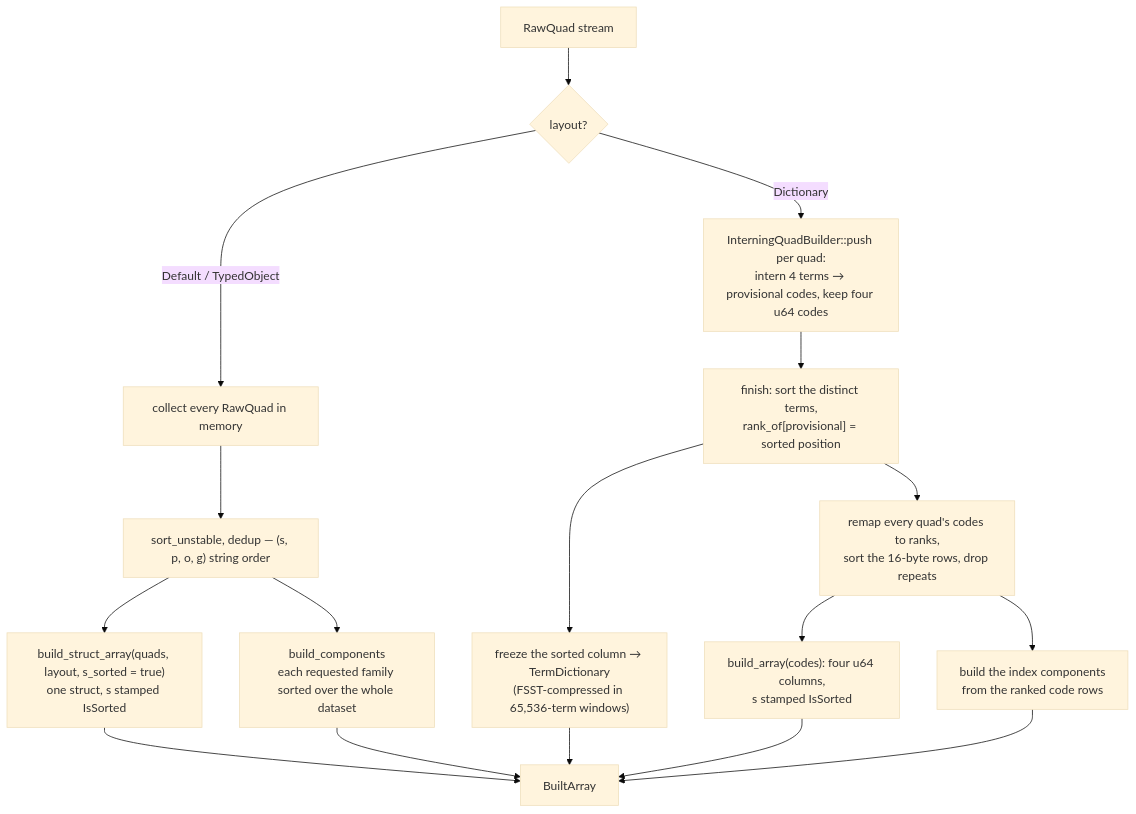
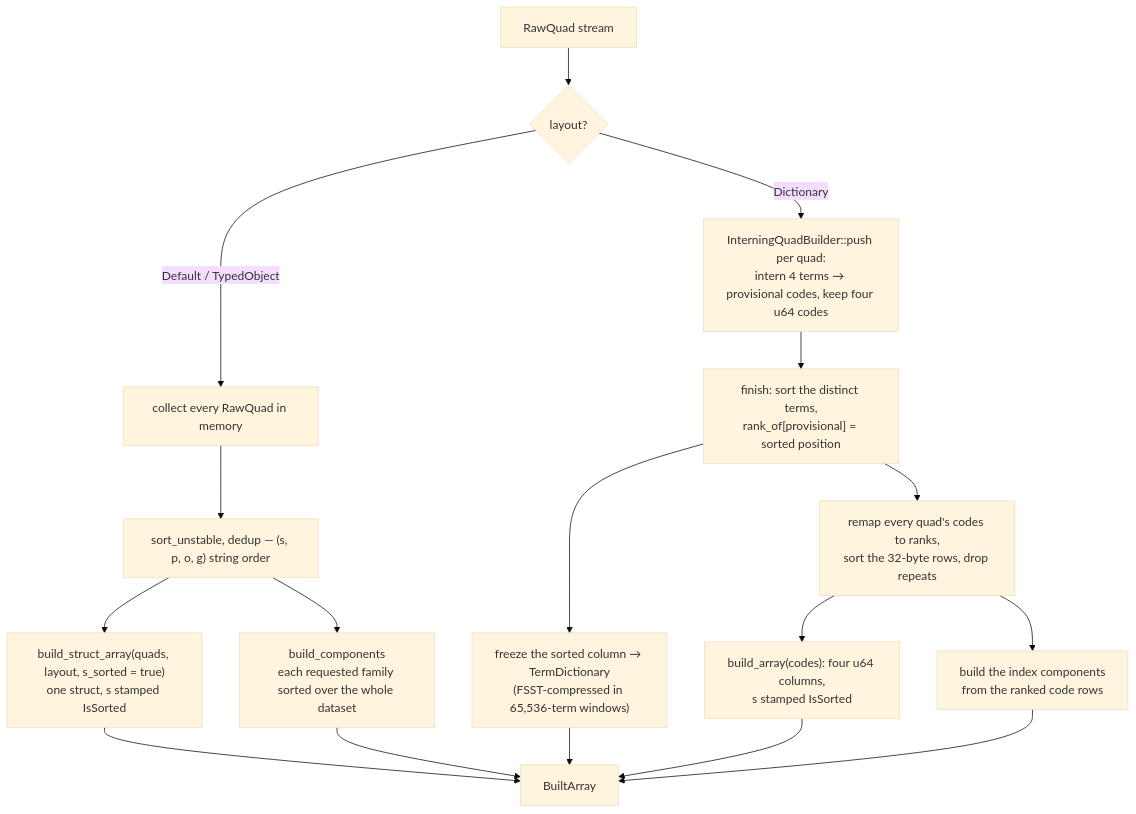
One commit to vortex-rdf/vortex-rdf changed the second of 4 diagrams in docs/serialization.md. Above: the diagram before and after it, drawn with Mermaid (base theme). The commit also changed other lines of this file and 5 other files, not shown here.

````diff
--- a/docs/serialization.md
+++ b/docs/serialization.md
@@ -149,22 +149,22 @@
 ```mermaid
 flowchart TD
     S["RawQuad stream"] --> L{"layout?"}
 
     L -- "Default / TypedObject" --> A1["collect every RawQuad in memory"]
     A1 --> A2["sort_unstable, dedup — (s, p, o, g) string order"]
     A2 --> A3["build_struct_array(quads, layout, s_sorted = true)<br/>one struct, s stamped IsSorted"]
     A2 --> A4["build_components<br/>each requested family sorted over the whole dataset"]
 
     L -- "Dictionary" --> B1["InterningQuadBuilder::push per quad:<br/>intern 4 terms → provisional codes, keep four u64 codes"]
     B1 --> B2["finish: sort the distinct terms,<br/>rank_of[provisional] = sorted position"]
     B2 --> B3["freeze the sorted column → TermDictionary<br/>(FSST-compressed in 65,536-term windows)"]
-    B2 --> B4["remap every quad's codes to ranks,<br/>sort the 16-byte rows, drop repeats"]
+    B2 --> B4["remap every quad's codes to ranks,<br/>sort the 32-byte rows, drop repeats"]
     B4 --> B5["build_array(codes): four u64 columns,<br/>s stamped IsSorted"]
     B4 --> B6["build the index components<br/>from the ranked code rows"]
 
     A3 --> R["BuiltArray"]
     A4 --> R
     B3 --> R
     B5 --> R
     B6 --> R
 ```
````
